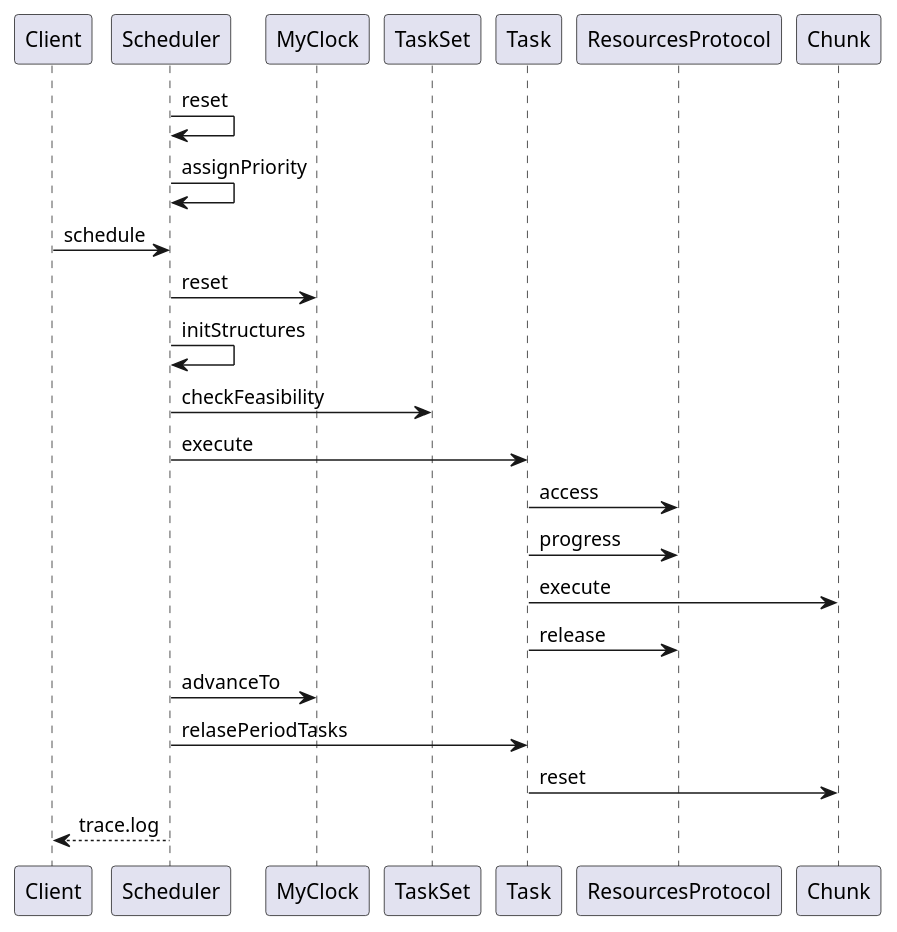
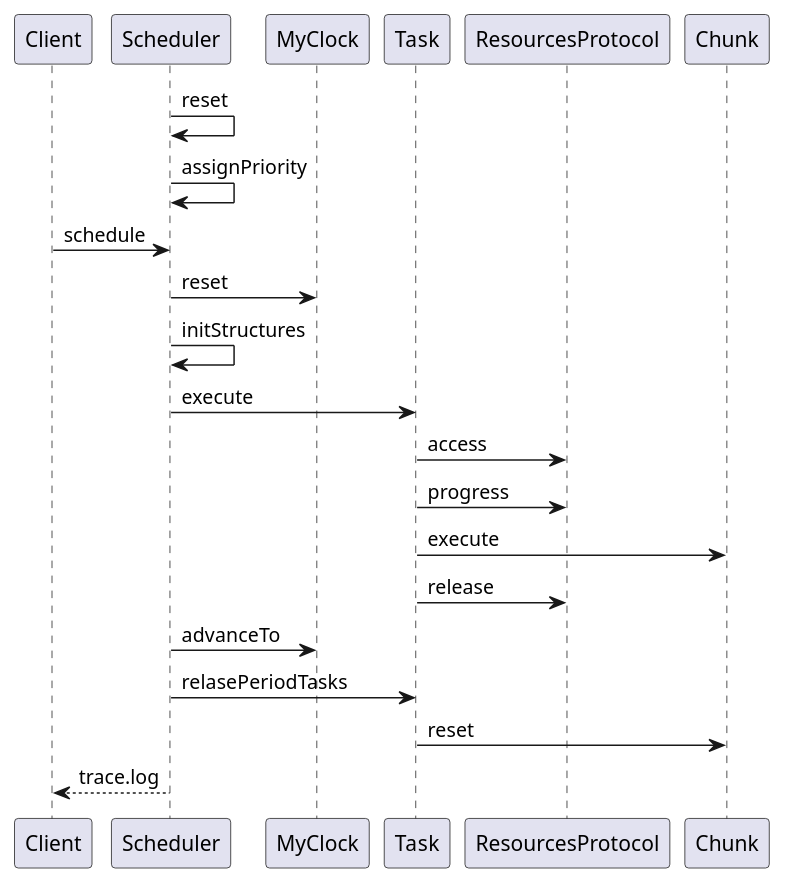
One commit to edoardosarri24/real-time-scheduling-simulator changed the diagram in report/immagini/sequence diagram.puml. Above: the diagram before and after it, drawn with PlantUML. The commit also changed 42 other files, not shown here.

```diff
--- a/report/immagini/sequence diagram.puml
+++ b/report/immagini/sequence diagram.puml
@@ -1,20 +1,19 @@
 @startuml sequence diagram RM
 
 participant Client
 Scheduler -> Scheduler : reset
 Scheduler -> Scheduler : assignPriority
 Client -> Scheduler : schedule
 Scheduler -> MyClock : reset
 Scheduler -> Scheduler : initStructures
-Scheduler -> TaskSet : checkFeasibility
 Scheduler -> Task : execute
 Task -> ResourcesProtocol : access
 Task -> ResourcesProtocol : progress
 Task -> Chunk : execute
 Task -> ResourcesProtocol : release
 Scheduler -> MyClock : advanceTo
 Scheduler -> Task : relasePeriodTasks
 Task -> Chunk : reset
 Scheduler --> Client : trace.log
 
 @enduml
```
